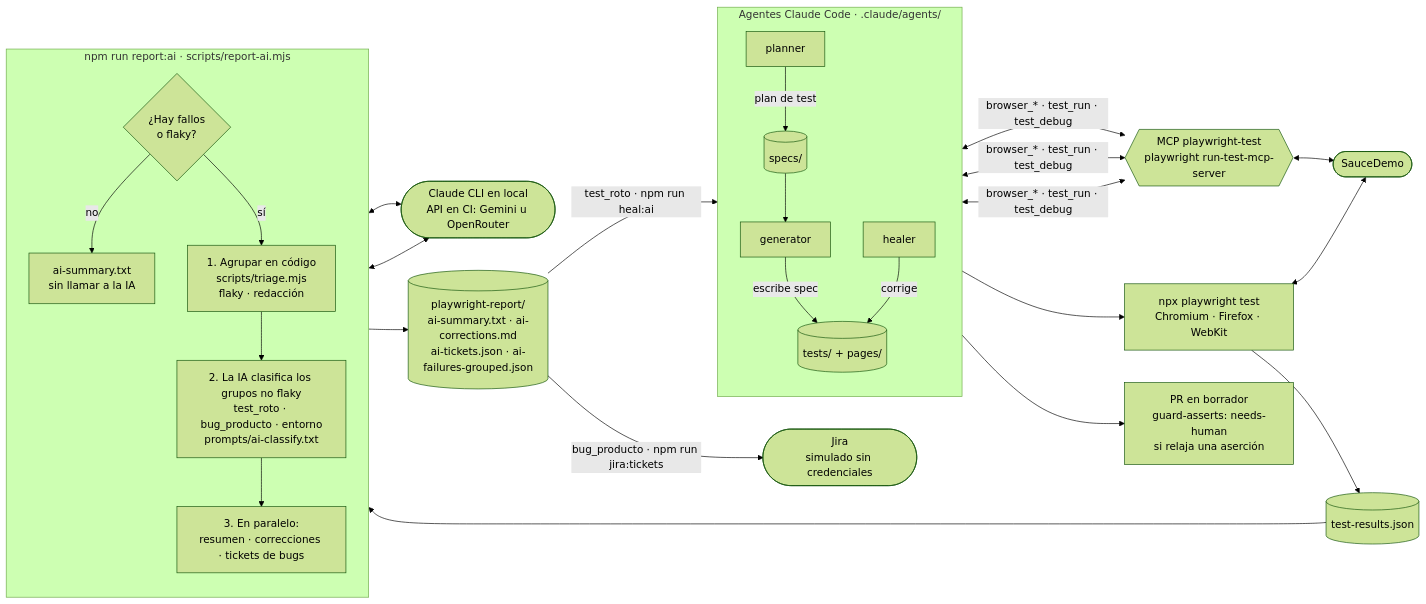
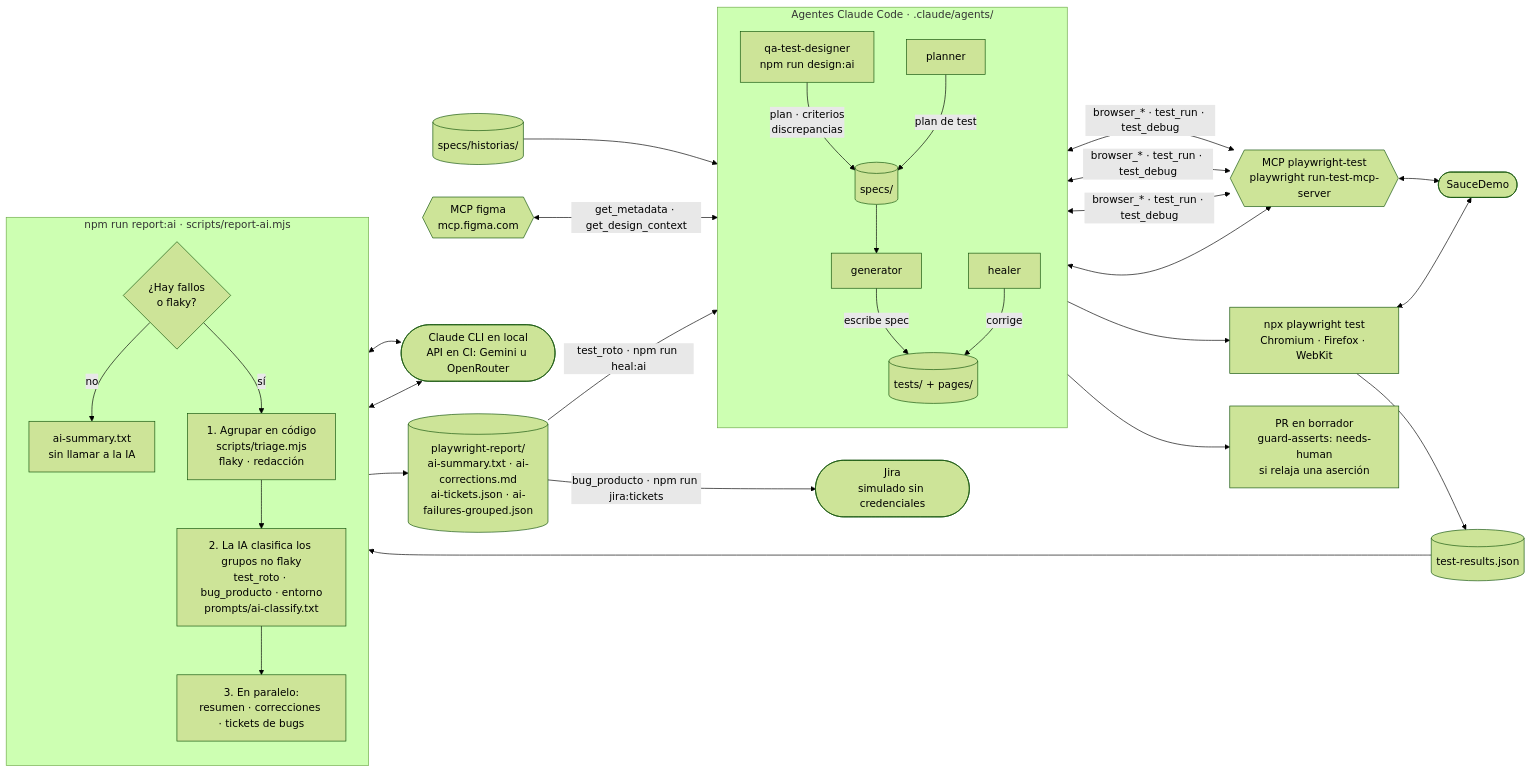
Before and after one commit to StoneFly365/playwright-demo-ia-mcp: the first of 3 diagrams in README.md, drawn with Mermaid (forest theme). The commit also changed other lines of this file and 11 other files, not shown here.

````diff
--- a/README.md
+++ b/README.md
@@ -69,36 +75,40 @@
 ```mermaid
 flowchart LR
     APP(["SauceDemo"])
 
     subgraph AGENTS ["Agentes Claude Code · .claude/agents/"]
         direction TB
-        P["planner"] -->|"plan de test"| SP[("specs/")]
+        D["qa-test-designer<br/>npm run design:ai"] -->|"plan · criterios<br/>discrepancias"| SP[("specs/")]
+        P["planner"] -->|"plan de test"| SP
         SP --> G["generator"]
         G -->|"escribe spec"| T[("tests/ + pages/")]
         H["healer"] -->|"corrige"| T
     end
 
     MCP{{"MCP playwright-test<br/>playwright run-test-mcp-server"}}
     P & G & H <-->|"browser_* · test_run · test_debug"| MCP
     MCP <--> APP
+    HU[("specs/historias/")] --> D
+    FIG{{"MCP figma<br/>mcp.figma.com"}} <-->|"get_metadata · get_design_context"| D
+    D <--> MCP
 
     T --> RUN["npx playwright test<br/>Chromium · Firefox · WebKit"]
     RUN <--> APP
     RUN --> JSON[("test-results.json")]
 
     subgraph AI ["npm run report:ai · scripts/report-ai.mjs"]
         direction TB
         CHK{"¿Hay fallos<br/>o flaky?"} -->|"no"| OK["ai-summary.txt<br/>sin llamar a la IA"]
         CHK -->|"sí"| GR["1. Agrupar en código<br/>scripts/triage.mjs<br/>flaky · redacción"]
         GR --> CL["2. La IA clasifica los grupos no flaky<br/>test_roto · bug_producto · entorno<br/>prompts/ai-classify.txt"]
         CL --> PAR["3. En paralelo:<br/>resumen · correcciones · tickets de bugs"]
     end
 
     JSON --> CHK
     LLM(["Claude CLI en local<br/>API en CI: Gemini u OpenRouter"])
     CL & PAR <--> LLM
     PAR --> OUT[("playwright-report/<br/>ai-summary.txt · ai-corrections.md<br/>ai-tickets.json · ai-failures-grouped.json")]
     OUT -->|"test_roto · npm run heal:ai"| H
     H --> PR["PR en borrador<br/>guard-asserts: needs-human<br/>si relaja una aserción"]
     OUT -->|"bug_producto · npm run jira:tickets"| JIRA(["Jira<br/>simulado sin credenciales"])
 ```
````
